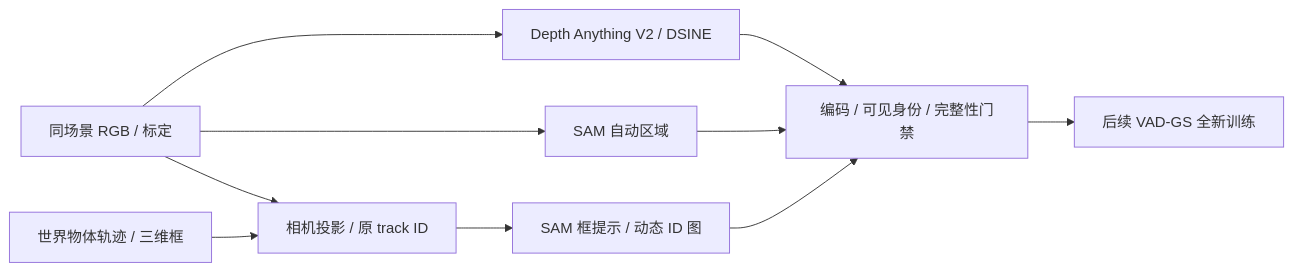
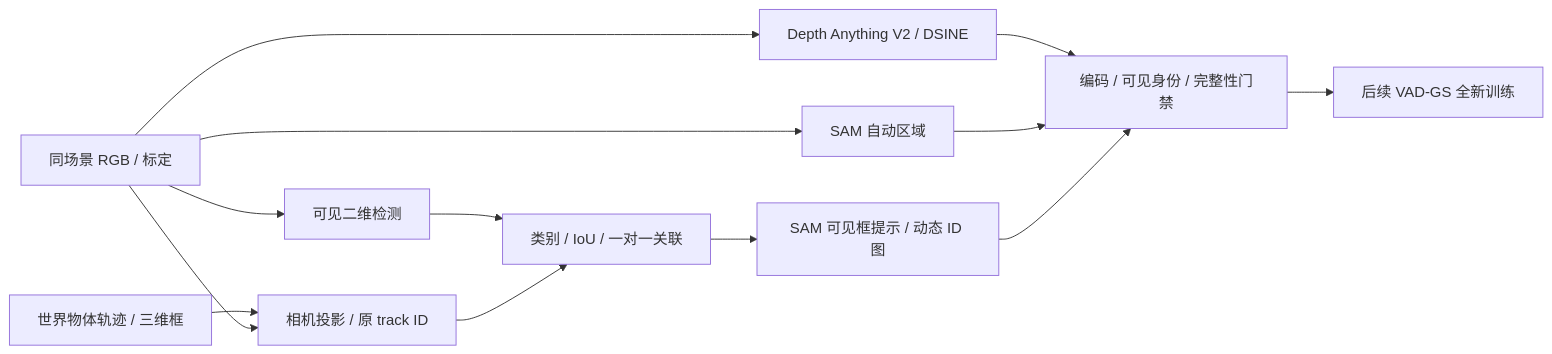
One commit to yunlongdeng123/Motion-Proj changed the diagram in docs/v76/MATCHED_SCENE_PRIORS.md. Above: the diagram before and after it, drawn with Mermaid. The commit also changed other lines of this file and 19 other files, not shown here.

````diff
--- a/docs/v76/MATCHED_SCENE_PRIORS.md
+++ b/docs/v76/MATCHED_SCENE_PRIORS.md
@@ -7,12 +7,15 @@
 ```mermaid
 flowchart LR
   A[同场景 RGB / 标定] --> B[Depth Anything V2 / DSINE]
   A --> C[SAM 自动区域]
   D[世界物体轨迹 / 三维框] --> E[相机投影 / 原 track ID]
   A --> E
-  E --> F[SAM 框提示 / 动态 ID 图]
+  A --> V[可见二维检测]
+  V --> M[类别 / IoU / 一对一关联]
+  E --> M
+  M --> F[SAM 可见框提示 / 动态 ID 图]
   B --> G[编码 / 可见身份 / 完整性门禁]
   C --> G
   F --> G
   G --> H[后续 VAD-GS 全新训练]
 ```
````
